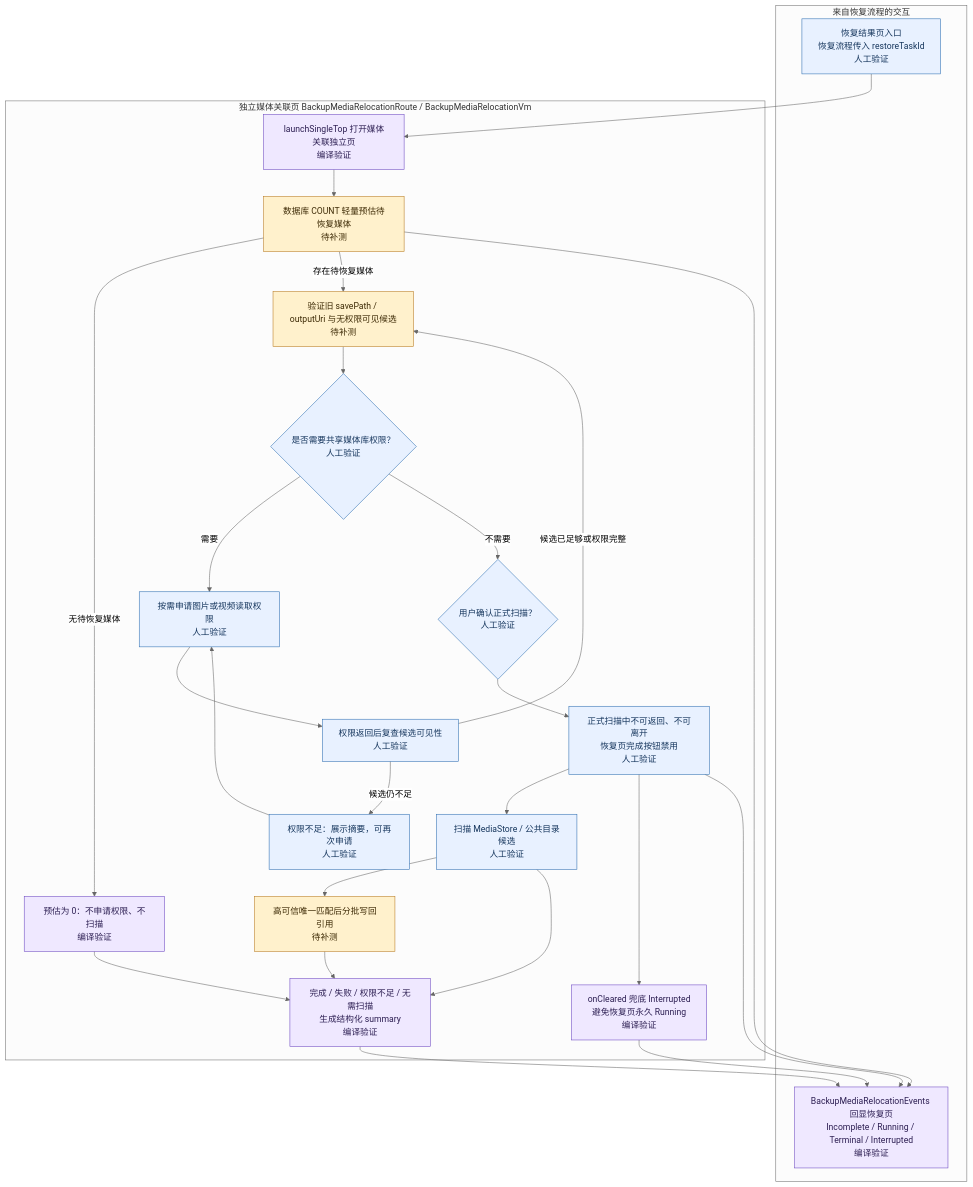
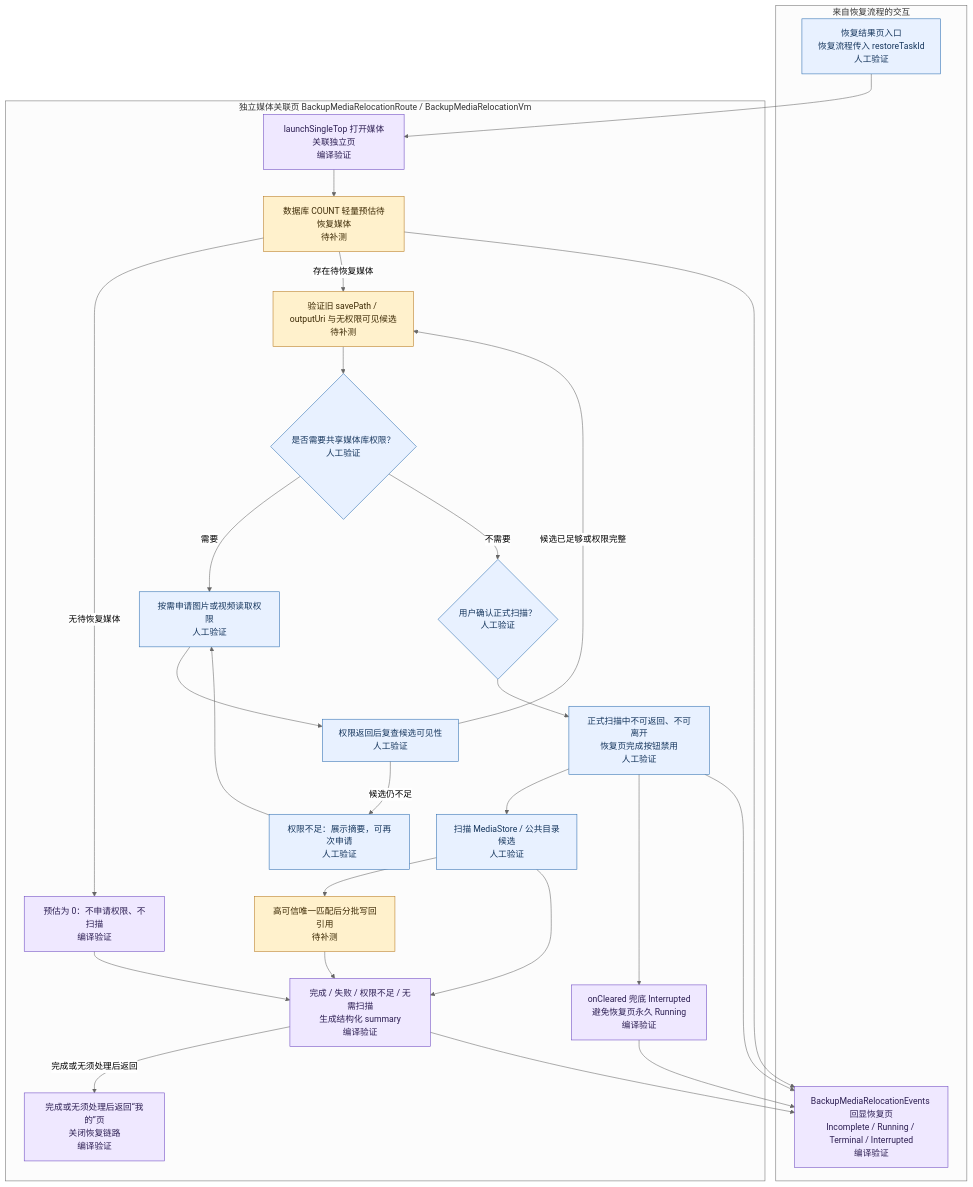
One commit to lwcla/ClipMaster changed the third of 3 diagrams in docs/webdav_backup_plan.md. Above: the diagram before and after it, drawn with Mermaid (neutral theme). The commit also changed other lines of this file and 13 other files, not shown here.

````diff
--- a/docs/webdav_backup_plan.md
+++ b/docs/webdav_backup_plan.md
@@ -195,53 +195,55 @@
 ```mermaid
 %% title: 本地媒体关联流程
 flowchart TD
   subgraph RestoreBoundary["来自恢复流程的交互"]
     FromRestore["恢复结果页入口<br/>恢复流程传入 restoreTaskId<br/>人工验证"]:::manual
     BackToRestore["BackupMediaRelocationEvents 回显恢复页<br/>Incomplete / Running / Terminal / Interrupted<br/>编译验证"]:::compile
   end
 
   subgraph MediaPage["独立媒体关联页 BackupMediaRelocationRoute / BackupMediaRelocationVm"]
     LaunchMedia["launchSingleTop 打开媒体关联独立页<br/>编译验证"]:::compile
     Estimate["数据库 COUNT 轻量预估待恢复媒体<br/>待补测"]:::todo
     NoNeed["预估为 0：不申请权限、不扫描<br/>编译验证"]:::compile
     OldRefCheck["验证旧 savePath / outputUri 与无权限可见候选<br/>待补测"]:::todo
     Permission{"是否需要共享媒体库权限？<br/>人工验证"}:::manual
     PermissionRequest["按需申请图片或视频读取权限<br/>人工验证"]:::manual
     PermissionChecking["权限返回后复查候选可见性<br/>人工验证"]:::manual
     PermissionDenied["权限不足：展示摘要，可再次申请<br/>人工验证"]:::manual
     ScanConfirm{"用户确认正式扫描？<br/>人工验证"}:::manual
     Running["正式扫描中不可返回、不可离开<br/>恢复页完成按钮禁用<br/>人工验证"]:::manual
     Scan["扫描 MediaStore / 公共目录候选<br/>人工验证"]:::manual
     Relink["高可信唯一匹配后分批写回引用<br/>待补测"]:::todo
     Terminal["完成 / 失败 / 权限不足 / 无需扫描<br/>生成结构化 summary<br/>编译验证"]:::compile
+    SuccessBackMine["完成或无须处理后返回“我的”页<br/>关闭恢复链路<br/>编译验证"]:::compile
     Interrupted["onCleared 兜底 Interrupted<br/>避免恢复页永久 Running<br/>编译验证"]:::compile
   end
 
   FromRestore --> LaunchMedia
   LaunchMedia --> Estimate
   Estimate -->|"无待恢复媒体"| NoNeed
   Estimate -->|"存在待恢复媒体"| OldRefCheck
   NoNeed --> Terminal
   OldRefCheck --> Permission
   Permission -->|"需要"| PermissionRequest
   Permission -->|"不需要"| ScanConfirm
   PermissionRequest --> PermissionChecking
   PermissionChecking -->|"候选仍不足"| PermissionDenied
   PermissionChecking -->|"候选已足够或权限完整"| OldRefCheck
   PermissionDenied --> PermissionRequest
   ScanConfirm --> Running
   Running --> Scan
   Scan --> Relink
   Relink --> Terminal
   Scan --> Terminal
   Running --> Interrupted
+  Terminal -->|"完成或无须处理后返回"| SuccessBackMine
   Estimate --> BackToRestore
   Running --> BackToRestore
   Terminal --> BackToRestore
   Interrupted --> BackToRestore
 
   classDef unit fill:#dff5e7,stroke:#26804b,color:#16351f;
   classDef todo fill:#fff1cc,stroke:#b7791f,color:#3d2a05;
   classDef manual fill:#e8f1ff,stroke:#2b6cb0,color:#17375e;
   classDef compile fill:#efe8ff,stroke:#6b46c1,color:#2d1f53;
 ```
````
